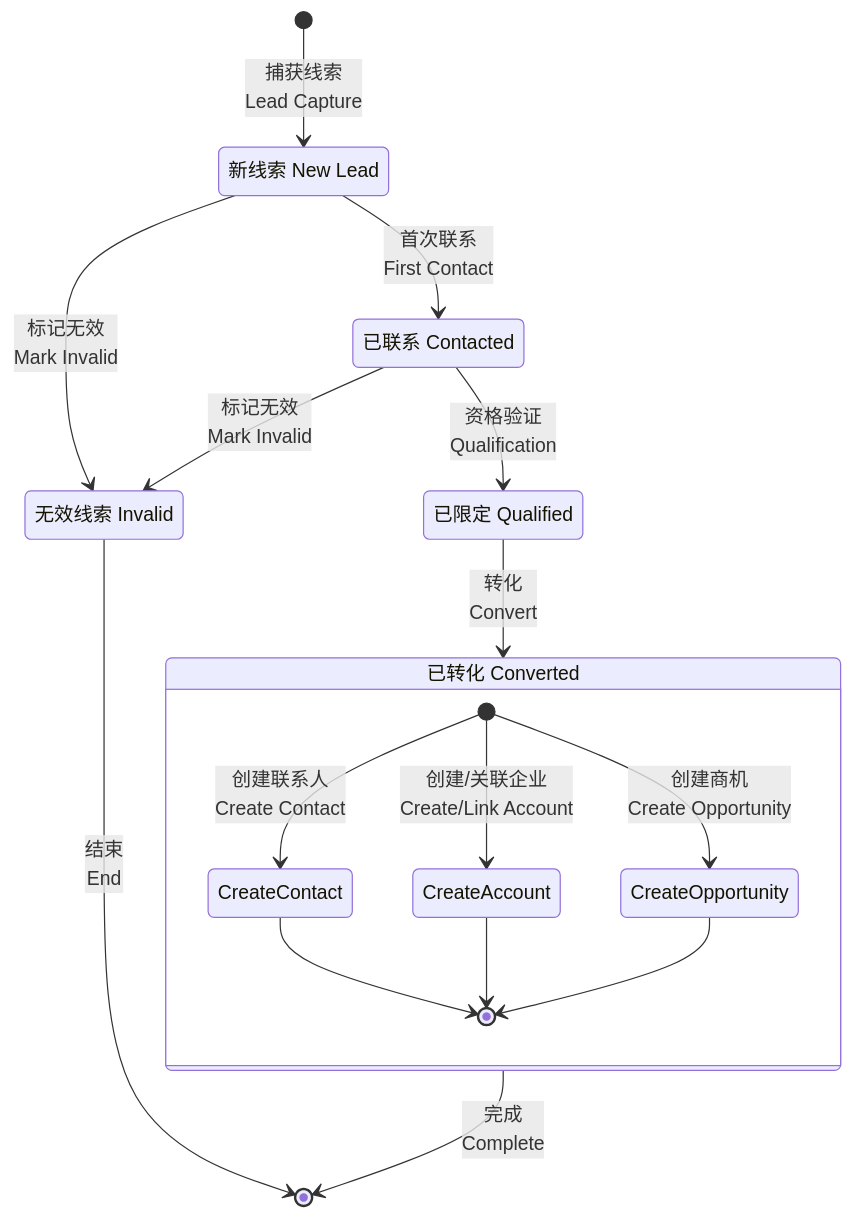
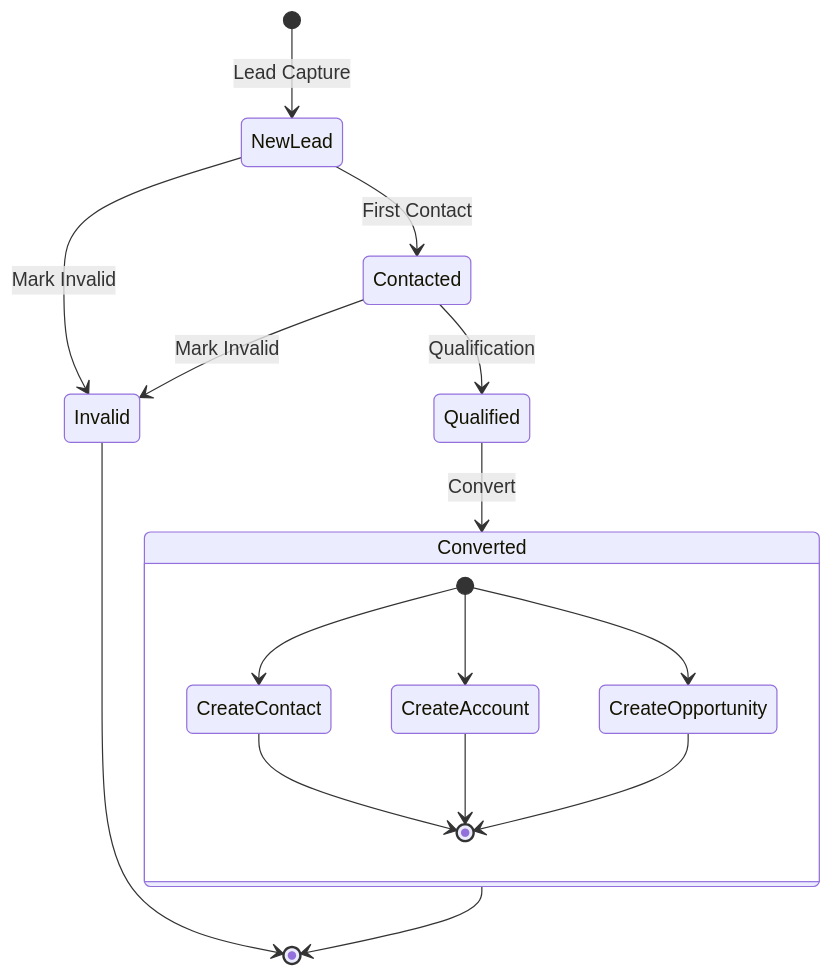
Before and after one commit to 312268112/advanced-java: diagram 20 of 25 in docs/b2b-cdp-entity-design.md, drawn with Mermaid. The commit also changed other lines of this file, not shown here.

````diff
--- a/docs/b2b-cdp-entity-design.md
+++ b/docs/b2b-cdp-entity-design.md
@@ -1000,31 +962,24 @@
 ```mermaid
 stateDiagram-v2
-    [*] --> NewLead: 捕获线索<br/>Lead Capture
+    [*] --> NewLead: Lead Capture
     
-    state "新线索 New Lead" as NewLead
-    state "已联系 Contacted" as Contacted
-    state "已限定 Qualified" as Qualified
-    state "已转化 Converted" as Converted
-    state "无效线索 Invalid" as Invalid
+    NewLead --> Contacted: First Contact
+    NewLead --> Invalid: Mark Invalid
     
-    NewLead --> Contacted: 首次联系<br/>First Contact
-    NewLead --> Invalid: 标记无效<br/>Mark Invalid
+    Contacted --> Qualified: Qualification
+    Contacted --> Invalid: Mark Invalid
     
-    Contacted --> Qualified: 资格验证<br/>Qualification
-    Contacted --> Invalid: 标记无效<br/>Mark Invalid
-    
-    Qualified --> Converted: 转化<br/>Convert
+    Qualified --> Converted: Convert
     
     state Converted {
-        [*] --> CreateContact: 创建联系人<br/>Create Contact
-        [*] --> CreateAccount: 创建/关联企业<br/>Create/Link Account
-        [*] --> CreateOpportunity: 创建商机<br/>Create Opportunity
-        
+        [*] --> CreateContact
+        [*] --> CreateAccount
+        [*] --> CreateOpportunity
         CreateContact --> [*]
         CreateAccount --> [*]
         CreateOpportunity --> [*]
     }
     
-    Converted --> [*]: 完成<br/>Complete
-    Invalid --> [*]: 结束<br/>End
+    Converted --> [*]
+    Invalid --> [*]
 ```
````
